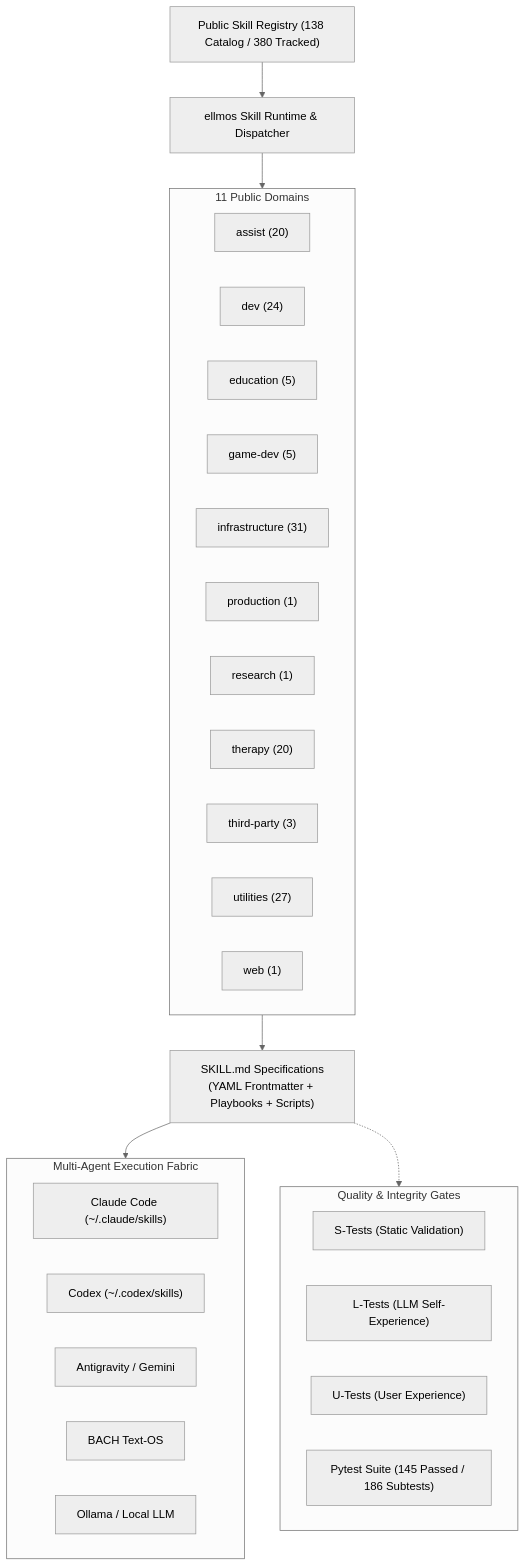
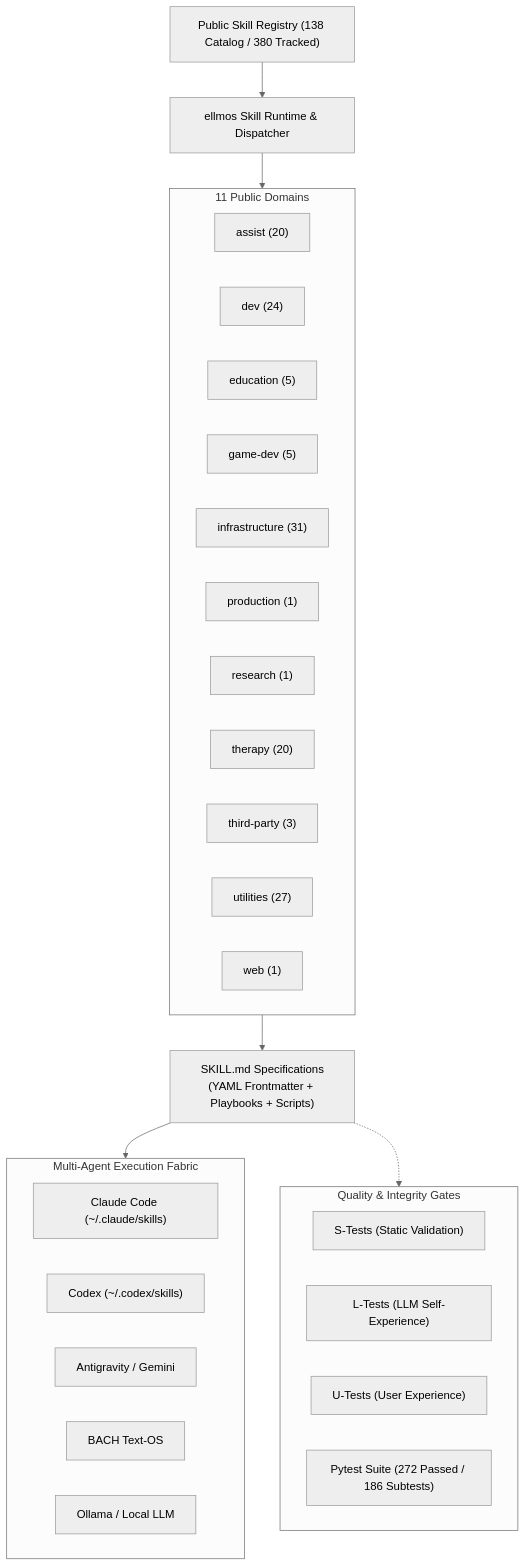
One commit to ellmos-ai/skills changed the first of 2 diagrams in README.md. Above: the diagram before and after it, drawn with Mermaid (neutral theme). The commit also changed other lines of this file and 1 other file, not shown here.

Commit message:
fix(docs): repair Mermaid diagram syntax in README and README_de

````diff
--- a/README.md
+++ b/README.md
@@ -45,40 +45,40 @@
 ```mermaid
 flowchart TD
     Registry["Public Skill Registry (138 Catalog / 380 Tracked)"] --> Engine["ellmos Skill Runtime & Dispatcher"]
     
     subgraph Catalog ["11 Public Domains"]
         Assist["assist (20)"]
         Dev["dev (24)"]
         Edu["education (5)"]
         Game["game-dev (5)"]
         Infra["infrastructure (31)"]
         Prod["production (1)"]
         Res["research (1)"]
         Therapy["therapy (20)"]
         ThirdParty["third-party (3)"]
         Utils["utilities (27)"]
         Web["web (1)"]
     end
     
     Engine --> Catalog
-    Catalog --> Artifacts["SKILL.md Specifications\n(YAML Frontmatter + Playbooks + Scripts)"]
+    Catalog --> Artifacts["SKILL.md Specifications<br/>(YAML Frontmatter + Playbooks + Scripts)"]
     
     subgraph MultiAgentRuntimes ["Multi-Agent Execution Fabric"]
         ClaudeCode["Claude Code (~/.claude/skills)"]
         Codex["Codex (~/.codex/skills)"]
         AGY["Antigravity / Gemini"]
         BACH["BACH Text-OS"]
         LocalOllama["Ollama / Local LLM"]
     end
     
     Artifacts --> MultiAgentRuntimes
     
     subgraph QualityGates ["Quality & Integrity Gates"]
         STests["S-Tests (Static Validation)"]
         LTests["L-Tests (LLM Self-Experience)"]
         UTests["U-Tests (User Experience)"]
-        PytestSuite["Pytest Suite (145 Passed / 186 Subtests)"]
+        PytestSuite["Pytest Suite (272 Passed / 186 Subtests)"]
     end
     
     Artifacts -.-> QualityGates
 ```
````
